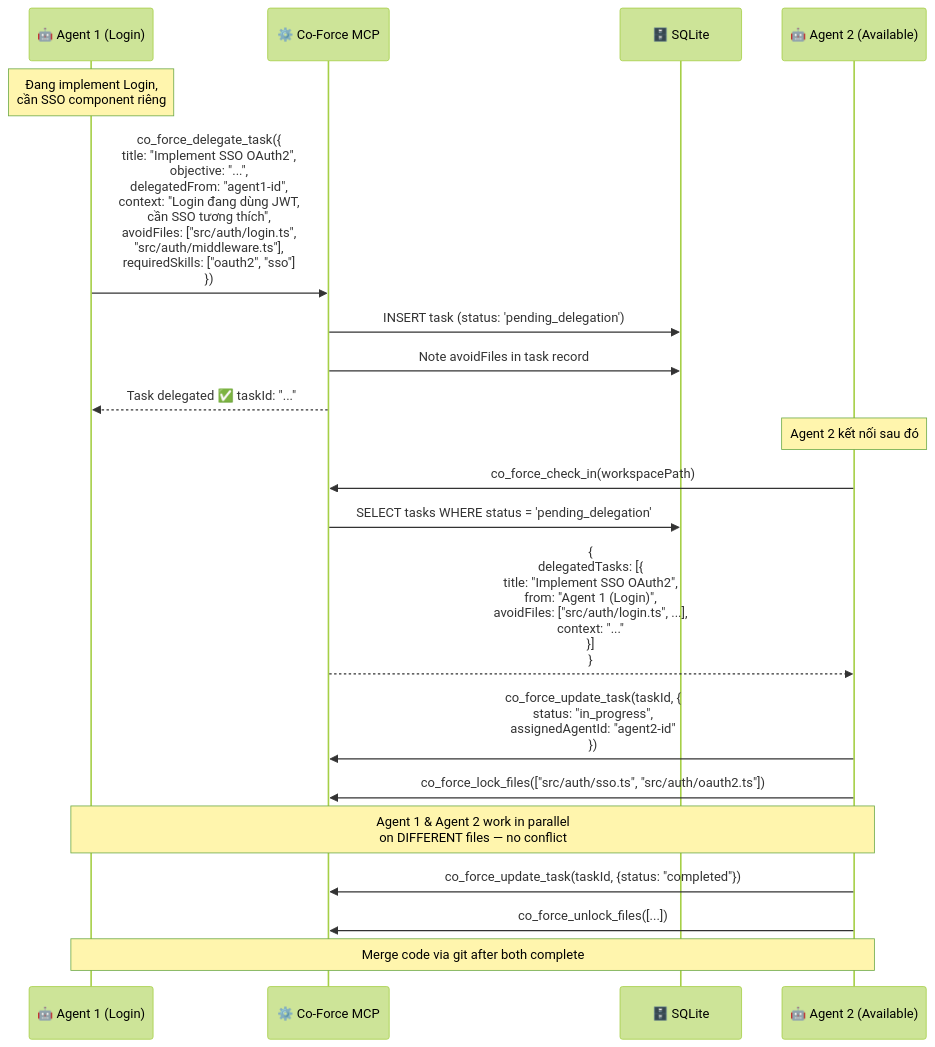
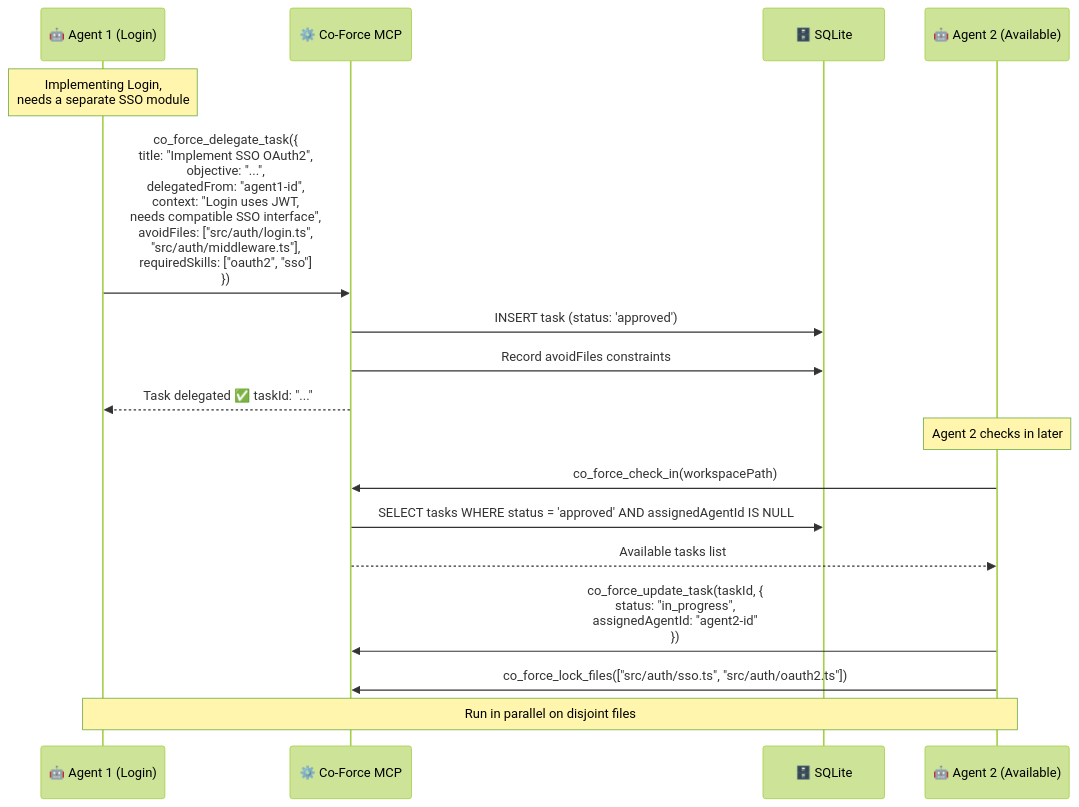
One commit to hiimtrung/co-force changed diagram 12 of 29 in docs/URD.md. Above: the diagram before and after it, drawn with Mermaid (forest theme). The commit also changed other lines of this file and 17 other files, not shown here.

````diff
--- a/docs/URD.md
+++ b/docs/URD.md
@@ -843,31 +766,26 @@
 ```mermaid
 sequenceDiagram
     participant A1 as 🤖 Agent 1 (Login)
     participant MCP as ⚙️ Co-Force MCP
     participant DB as 🗄️ SQLite
     participant A2 as 🤖 Agent 2 (Available)
 
-    Note over A1: Đang implement Login,<br/>cần SSO component riêng
+    Note over A1: Implementing Login,<br/>needs a separate SSO module
 
-    A1->>MCP: co_force_delegate_task({<br/>  title: "Implement SSO OAuth2",<br/>  objective: "...",<br/>  delegatedFrom: "agent1-id",<br/>  context: "Login đang dùng JWT,<br/>  cần SSO tương thích",<br/>  avoidFiles: ["src/auth/login.ts",<br/>  "src/auth/middleware.ts"],<br/>  requiredSkills: ["oauth2", "sso"]<br/>})
+    A1->>MCP: co_force_delegate_task({<br/>  title: "Implement SSO OAuth2",<br/>  objective: "...",<br/>  delegatedFrom: "agent1-id",<br/>  context: "Login uses JWT,<br/>  needs compatible SSO interface",<br/>  avoidFiles: ["src/auth/login.ts",<br/>  "src/auth/middleware.ts"],<br/>  requiredSkills: ["oauth2", "sso"]<br/>})
 
-    MCP->>DB: INSERT task (status: 'pending_delegation')
-    MCP->>DB: Note avoidFiles in task record
+    MCP->>DB: INSERT task (status: 'approved')
+    MCP->>DB: Record avoidFiles constraints
     MCP-->>A1: Task delegated ✅ taskId: "..."
 
-    Note over A2: Agent 2 kết nối sau đó
+    Note over A2: Agent 2 checks in later
 
     A2->>MCP: co_force_check_in(workspacePath)
-    MCP->>DB: SELECT tasks WHERE status = 'pending_delegation'
-    MCP-->>A2: {<br/>  delegatedTasks: [{<br/>    title: "Implement SSO OAuth2",<br/>    from: "Agent 1 (Login)",<br/>    avoidFiles: ["src/auth/login.ts", ...],<br/>    context: "..."<br/>  }]<br/>}
+    MCP->>DB: SELECT tasks WHERE status = 'approved' AND assignedAgentId IS NULL
+    MCP-->>A2: Available tasks list
 
     A2->>MCP: co_force_update_task(taskId, {<br/>  status: "in_progress",<br/>  assignedAgentId: "agent2-id"<br/>})
     A2->>MCP: co_force_lock_files(["src/auth/sso.ts", "src/auth/oauth2.ts"])
 
-    Note over A1,A2: Agent 1 & Agent 2 work in parallel<br/>on DIFFERENT files — no conflict
-
-    A2->>MCP: co_force_update_task(taskId, {status: "completed"})
-    A2->>MCP: co_force_unlock_files([...])
-
-    Note over A1,A2: Merge code via git after both complete
+    Note over A1,A2: Run in parallel on disjoint files
 ```
````
